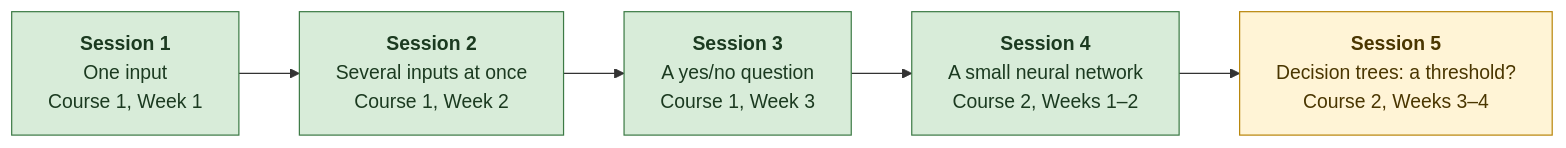
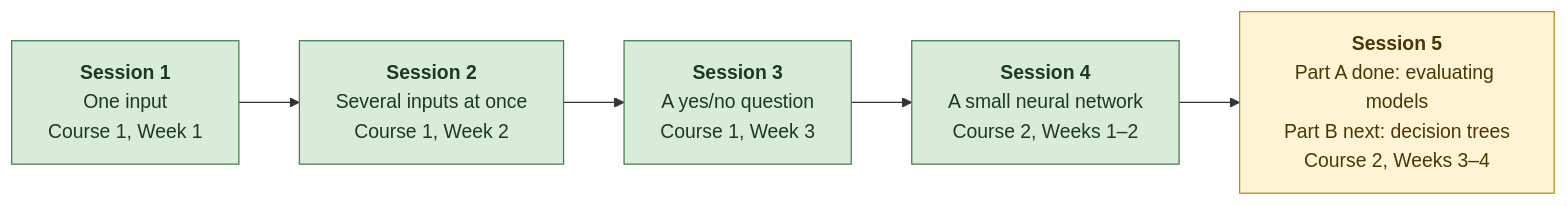
Before and after one commit to penelopemichou/austerity-ml: the first of 2 diagrams in PROGRESS.md, drawn with Mermaid. The commit also changed other lines of this file and 6 other files, not shown here.

First line of the commit message:
Add Session 5 Part A: evaluating models (bias, variance, learning curves)

````diff
--- a/PROGRESS.md
+++ b/PROGRESS.md
@@ -13,7 +13,7 @@
 ```mermaid
 flowchart LR
-    S1["<b>Session 1</b><br/>One input<br/>Course 1, Week 1"]:::done --> S2["<b>Session 2</b><br/>Several inputs at once<br/>Course 1, Week 2"]:::done --> S3["<b>Session 3</b><br/>A yes/no question<br/>Course 1, Week 3"]:::done --> S4["<b>Session 4</b><br/>A small neural network<br/>Course 2, Weeks 1–2"]:::done --> S5["<b>Session 5</b><br/>Decision trees: a threshold?<br/>Course 2, Weeks 3–4"]:::next
+    S1["<b>Session 1</b><br/>One input<br/>Course 1, Week 1"]:::done --> S2["<b>Session 2</b><br/>Several inputs at once<br/>Course 1, Week 2"]:::done --> S3["<b>Session 3</b><br/>A yes/no question<br/>Course 1, Week 3"]:::done --> S4["<b>Session 4</b><br/>A small neural network<br/>Course 2, Weeks 1–2"]:::done --> S5["<b>Session 5</b><br/>Part A done: evaluating models<br/>Part B next: decision trees<br/>Course 2, Weeks 3–4"]:::next
     classDef done fill:#d8ecd9,stroke:#3c7a45,color:#1b3a20
     classDef next fill:#fff4d6,stroke:#b8860b,color:#4a3600
     classDef later fill:#eeeeee,stroke:#999999,color:#555555
 ```
````
